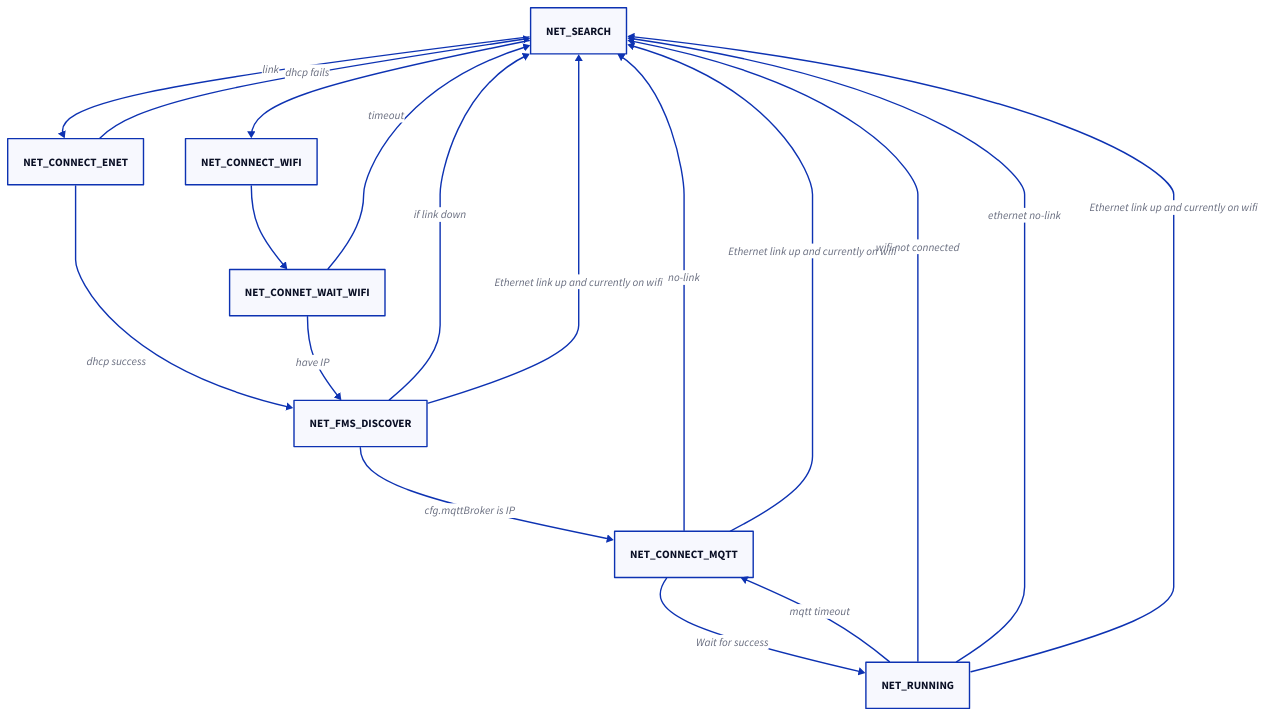
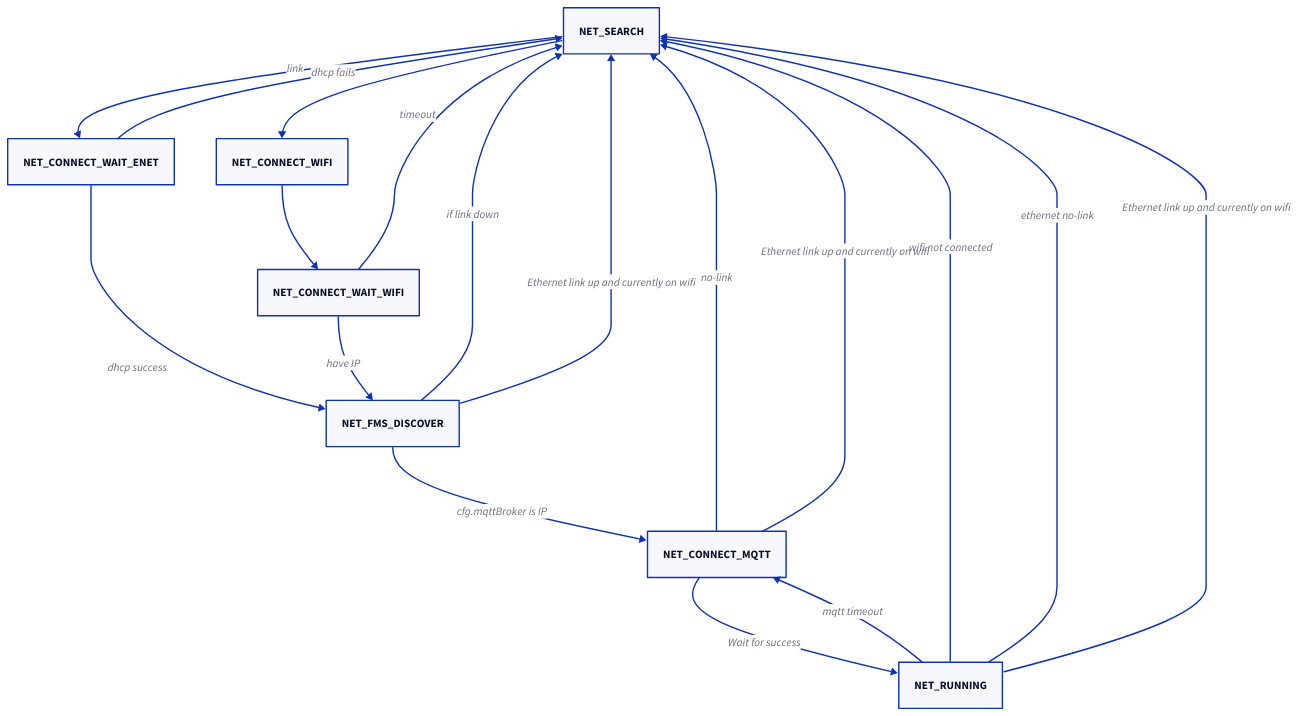
Before and after one commit to gizmo-platform/firmware: the diagram in doc/net-state-machine.d2, drawn with D2. The commit also changed 6 other files, not shown here.

```diff
--- a/doc/net-state-machine.d2
+++ b/doc/net-state-machine.d2
@@ -1,27 +1,27 @@
 NET_SEARCH
-NET_CONNECT_ENET
 NET_CONNECT_WIFI
-NET_CONNET_WAIT_WIFI
+NET_CONNECT_WAIT_WIFI
+NET_CONNECT_WAIT_ENET
 NET_FMS_DISCOVER
 NET_CONNECT_MQTT
 NET_RUNNING
 
 
-NET_SEARCH -> NET_CONNECT_ENET : link
-NET_CONNECT_ENET -> NET_SEARCH : dhcp fails
-NET_CONNECT_ENET -> NET_FMS_DISCOVER : dhcp success
-NET_SEARCH -> NET_CONNECT_WIFI -> NET_CONNET_WAIT_WIFI
-NET_CONNET_WAIT_WIFI -> NET_FMS_DISCOVER : have IP
+NET_SEARCH -> NET_CONNECT_WAIT_ENET : link
+NET_CONNECT_WAIT_ENET -> NET_SEARCH : dhcp fails
+NET_CONNECT_WAIT_ENET -> NET_FMS_DISCOVER : dhcp success
+NET_SEARCH -> NET_CONNECT_WIFI -> NET_CONNECT_WAIT_WIFI
+NET_CONNECT_WAIT_WIFI -> NET_FMS_DISCOVER : have IP
 NET_FMS_DISCOVER -> NET_CONNECT_MQTT : cfg.mqttBroker is IP
 NET_CONNECT_MQTT -> NET_RUNNING : Wait for success
 
 NET_RUNNING -> NET_CONNECT_MQTT : mqtt timeout
 
 NET_RUNNING -> NET_SEARCH : wifi not connected
 NET_FMS_DISCOVER -> NET_SEARCH : if link down
-NET_CONNET_WAIT_WIFI -> NET_SEARCH : timeout
+NET_CONNECT_WAIT_WIFI -> NET_SEARCH : timeout
 NET_RUNNING -> NET_SEARCH : ethernet no-link
 NET_CONNECT_MQTT -> NET_SEARCH : no-link
 NET_RUNNING -> NET_SEARCH : Ethernet link up and currently on wifi
 NET_FMS_DISCOVER -> NET_SEARCH : Ethernet link up and currently on wifi
 NET_CONNECT_MQTT -> NET_SEARCH : Ethernet link up and currently on wifi
```
